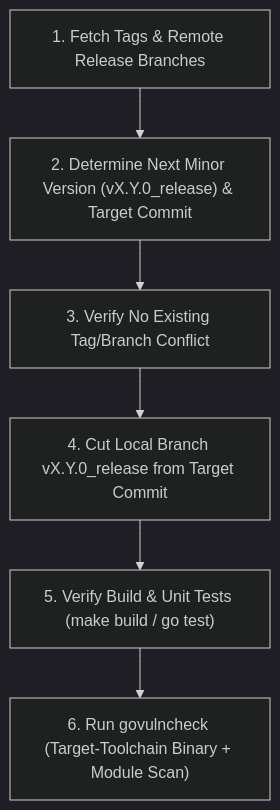
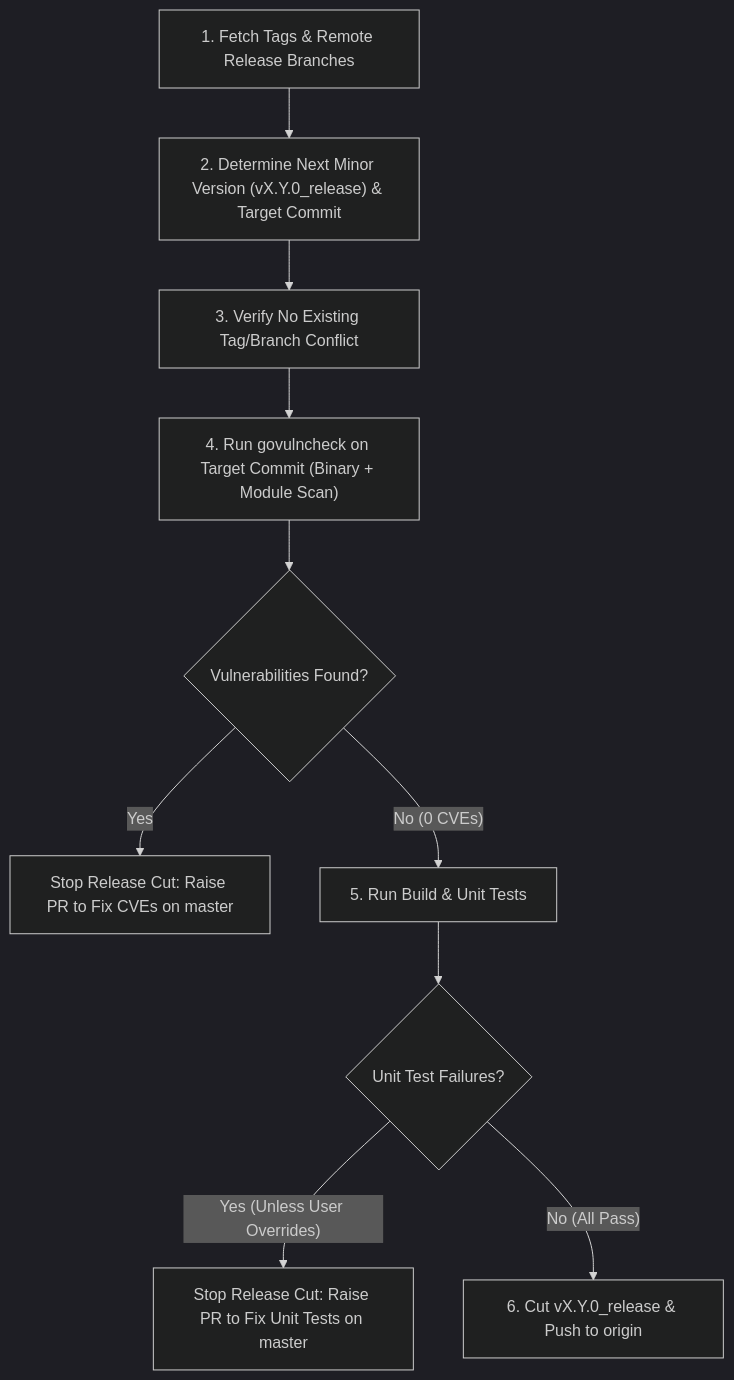
The diagram in .agents/skills/minor-release-branch/SKILL.md (GoogleCloudPlatform/gcsfuse), drawn with Mermaid (dark theme) before and after one commit. The commit also changed other lines of this file, not shown here.

Commit message:
docs(skills): add pre-cut govulncheck and unit test gates to minor release skill

````diff
--- a/.agents/skills/minor-release-branch/SKILL.md
+++ b/.agents/skills/minor-release-branch/SKILL.md
@@ -16,8 +19,12 @@
 ```mermaid
 flowchart TD
     A["1. Fetch Tags & Remote Release Branches"] --> B["2. Determine Next Minor Version (vX.Y.0_release) & Target Commit"]
     B --> C["3. Verify No Existing Tag/Branch Conflict"]
-    C --> D["4. Cut Local Branch vX.Y.0_release from Target Commit"]
-    D --> E["5. Verify Build & Unit Tests (make build / go test)"]
-    E --> F["6. Run govulncheck (Target-Toolchain Binary + Module Scan)"]
+    C --> D["4. Run govulncheck on Target Commit (Binary + Module Scan)"]
+    D --> E{"Vulnerabilities Found?"}
+    E -- "Yes" --> F["Stop Release Cut: Raise PR to Fix CVEs on master"]
+    E -- "No (0 CVEs)" --> G["5. Run Build & Unit Tests"]
+    G --> H{"Unit Test Failures?"}
+    H -- "Yes (Unless User Overrides)" --> I["Stop Release Cut: Raise PR to Fix Unit Tests on master"]
+    H -- "No (All Pass)" --> J["6. Cut vX.Y.0_release & Push to origin"]
 ```
````
